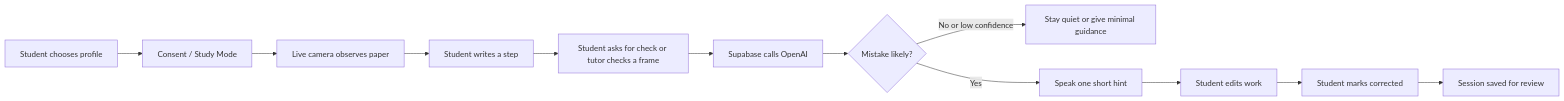
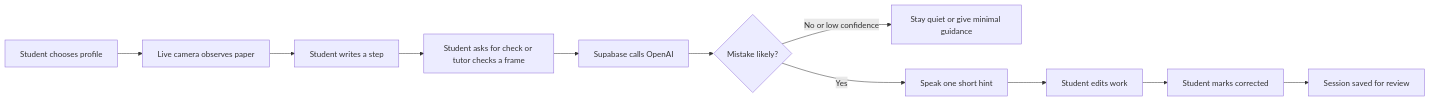
The first of 8 diagrams in README.md (vmanukyann/MathTutor), drawn with Mermaid before and after one commit. The commit also changed other lines of this file and 22 other files, not shown here.

````diff
--- a/README.md
+++ b/README.md
@@ -55,14 +55,13 @@
 ```mermaid
 flowchart LR
-    A["Student chooses profile"] --> B["Consent / Study Mode"]
-    B --> C["Live camera observes paper"]
+    A["Student chooses profile"] --> C["Live camera observes paper"]
     C --> D["Student writes a step"]
     D --> E["Student asks for check or tutor checks a frame"]
     E --> F["Supabase calls OpenAI"]
     F --> G{"Mistake likely?"}
     G -- "No or low confidence" --> H["Stay quiet or give minimal guidance"]
     G -- "Yes" --> I["Speak one short hint"]
     I --> J["Student edits work"]
     J --> K["Student marks corrected"]
     K --> L["Session saved for review"]
 ```
````
